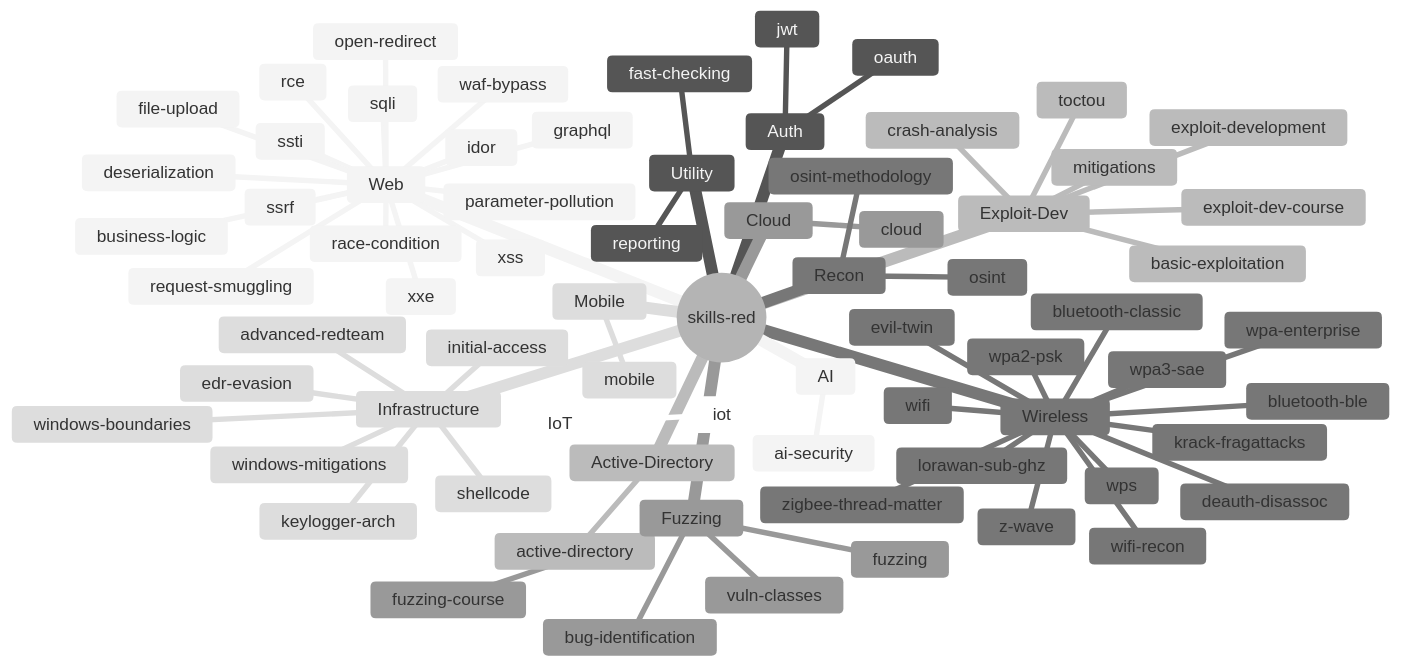
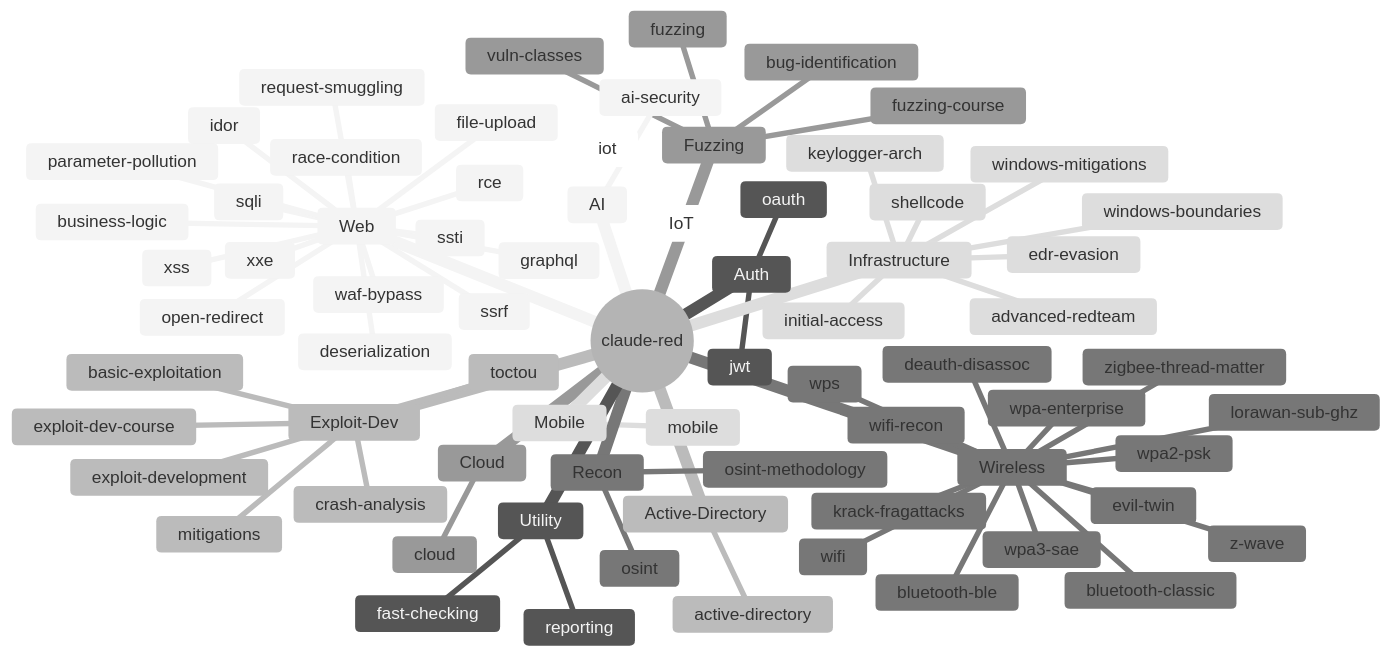
Before and after one commit to SnailSploit/Claude-Red: the diagram in MINDMAP.md, drawn with Mermaid (neutral theme). The commit also changed other lines of this file and 2 other files, not shown here.

````diff
--- a/MINDMAP.md
+++ b/MINDMAP.md
@@ -11,75 +11,75 @@
 ```mermaid
 mindmap
-  root((skills-red))
+  root((claude-red))
     Web
       sqli
       xss
       ssrf
       ssti
       xxe
       idor
       file-upload
       rce
       deserialization
       race-condition
       request-smuggling
       open-redirect
       parameter-pollution
       graphql
       waf-bypass
       business-logic
     Auth
       jwt
       oauth
     Active-Directory
       active-directory
     Wireless
       wifi
       wifi-recon
       wpa2-psk
       wpa3-sae
       wpa-enterprise
       wps
       evil-twin
       krack-fragattacks
       deauth-disassoc
       bluetooth-ble
       bluetooth-classic
       zigbee-thread-matter
       z-wave
       lorawan-sub-ghz
     Cloud
       cloud
     Mobile
       mobile
     IoT
       iot
     Infrastructure
       initial-access
       advanced-redteam
       edr-evasion
       shellcode
       keylogger-arch
       windows-mitigations
       windows-boundaries
     Exploit-Dev
       exploit-development
       exploit-dev-course
       basic-exploitation
       crash-analysis
       mitigations
       toctou
     Fuzzing
       fuzzing
       fuzzing-course
       bug-identification
       vuln-classes
     Recon
       osint
       osint-methodology
     AI
       ai-security
     Utility
       fast-checking
       reporting
 ```
````
